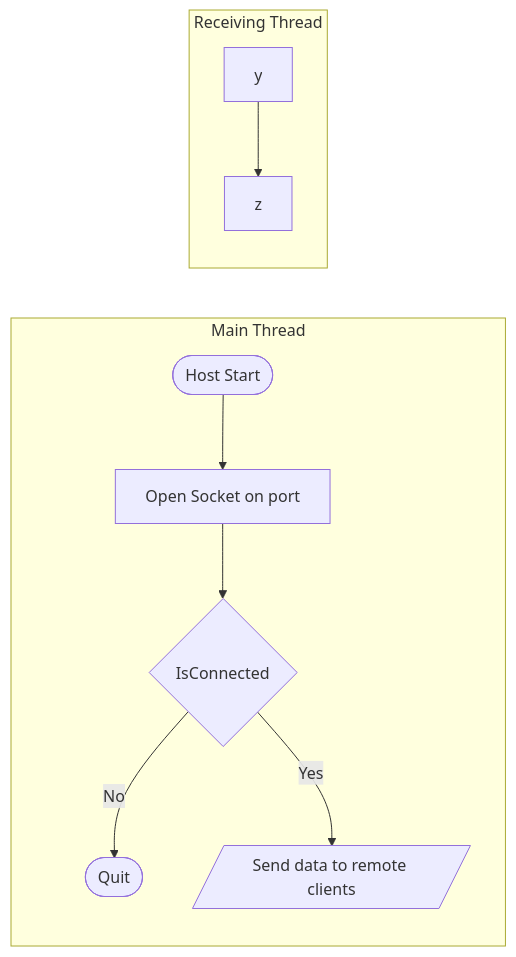
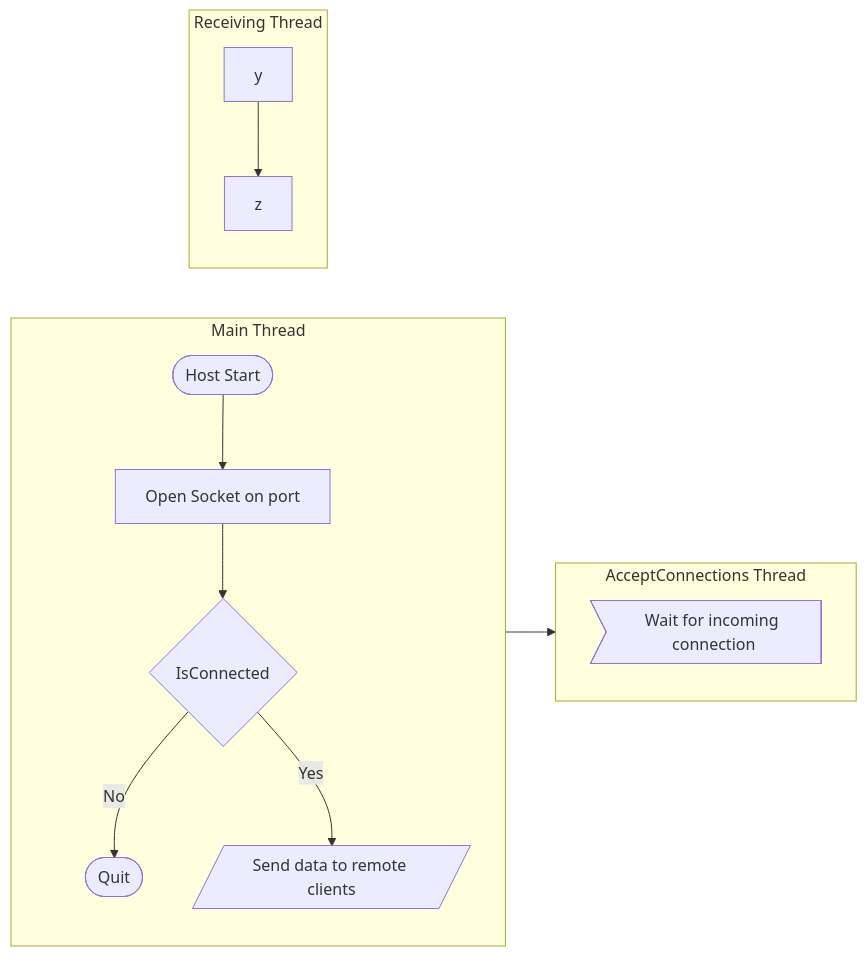
Before and after one commit to GMcMichael/ThornNetworking: the diagram in README.md, drawn with Mermaid.

````diff
--- a/README.md
+++ b/README.md
@@ -1,14 +1,18 @@
 ```mermaid
 flowchart LR
   subgraph mt [Main Thread]
     direction TB
     A([Host Start])-->B[Open Socket on port]
     B-->C{IsConnected}
     C-- No -->D([Quit])
     C-- Yes -->E[/Send data to remote clients/]
   end
+  subgraph acthread [AcceptConnections Thread]
+    direction TB
+    B-->F>Wait for incoming connection]
+  end
   subgraph rt [Receiving Thread]
     direction TB
     y-->z
   end
 ```
````
